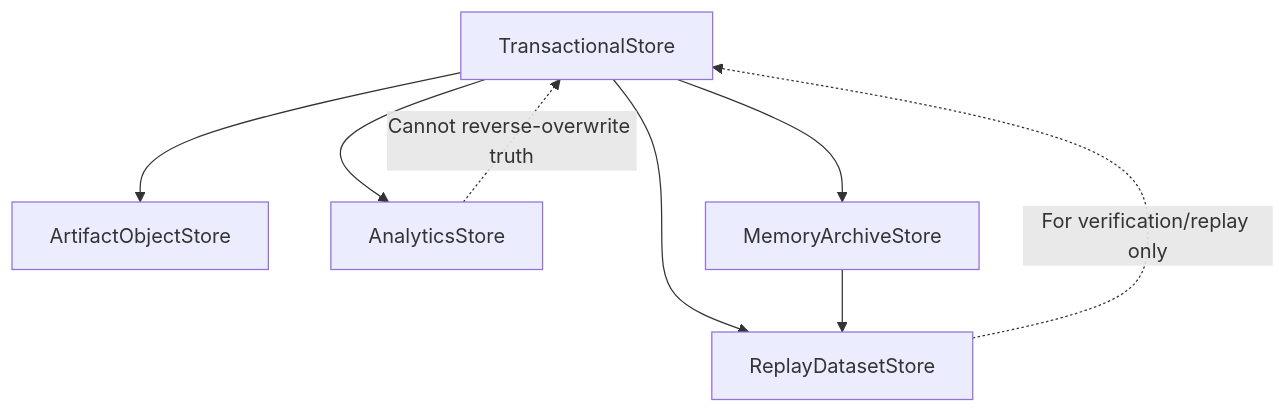
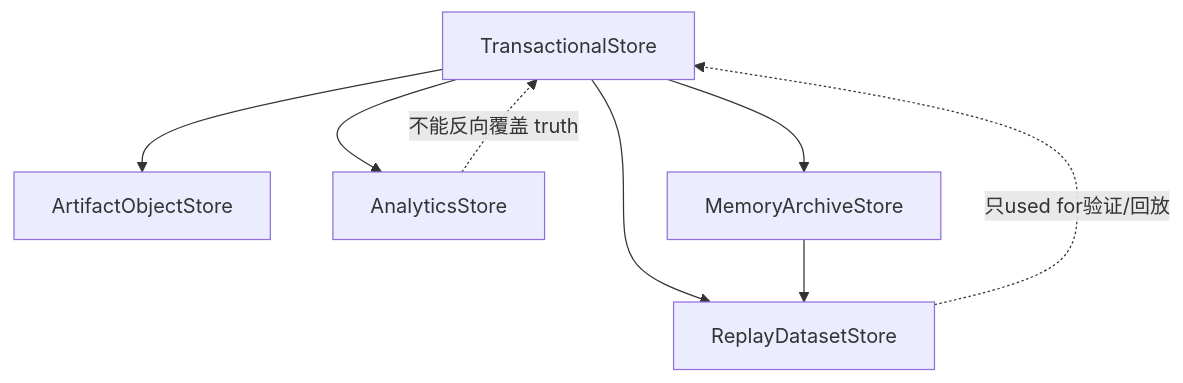
The first of 3 diagrams in docs_en/contracts/data_plane_contract.md (HoldenShen-hz/automatic-agent-platform), drawn with Mermaid before and after one commit. The commit also changed other lines of this file and 410 other files, not shown here.

````diff
--- a/docs_en/contracts/data_plane_contract.md
+++ b/docs_en/contracts/data_plane_contract.md
@@ -48,10 +48,10 @@
 ```mermaid
 flowchart TD
     A["TransactionalStore"] --> B["ArtifactObjectStore"]
     A --> C["AnalyticsStore"]
     A --> D["MemoryArchiveStore"]
     A --> E["ReplayDatasetStore"]
     D --> E
-    C -. "Cannot reverse-overwrite truth" .-> A
-    E -. "For verification/replay only" .-> A
+    C -. "不能反向覆盖 truth" .-> A
+    E -. "只used for验证/回放" .-> A
 ```
````
